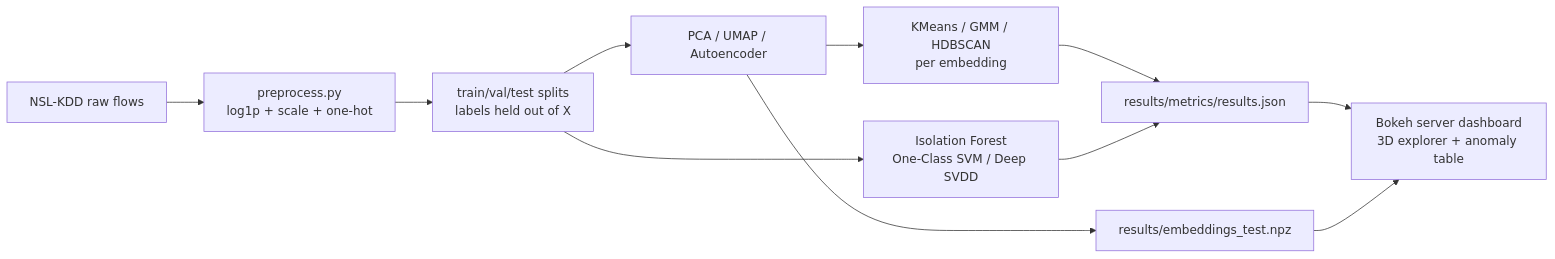
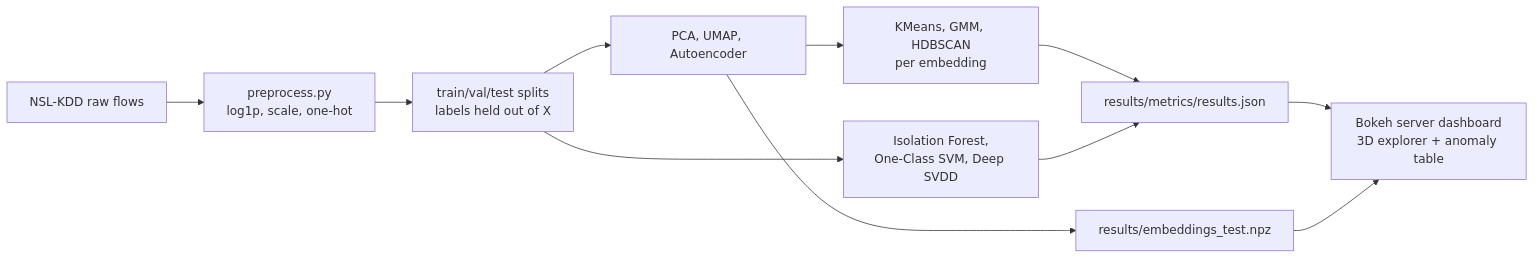
Before and after one commit to fragompul/unsupervised-anomaly-network-intrusion: the diagram in README.md, drawn with Mermaid. The commit also changed other lines of this file and 5 other files, not shown here.

````diff
--- a/README.md
+++ b/README.md
@@ -55,13 +51,13 @@
 ```mermaid
 flowchart LR
-    A[NSL-KDD raw flows] --> B[preprocess.py<br/>log1p + scale + one-hot]
+    A[NSL-KDD raw flows] --> B[preprocess.py<br/>log1p, scale, one-hot]
     B --> C[train/val/test splits<br/>labels held out of X]
-    C --> D[PCA / UMAP / Autoencoder]
-    D --> E[KMeans / GMM / HDBSCAN<br/>per embedding]
-    C --> F[Isolation Forest<br/>One-Class SVM / Deep SVDD]
+    C --> D[PCA, UMAP, Autoencoder]
+    D --> E[KMeans, GMM, HDBSCAN<br/>per embedding]
+    C --> F[Isolation Forest,<br/>One-Class SVM, Deep SVDD]
     E --> G[results/metrics/results.json]
     F --> G
     D --> H[results/embeddings_test.npz]
     G --> I[Bokeh server dashboard<br/>3D explorer + anomaly table]
     H --> I
 ```
````
